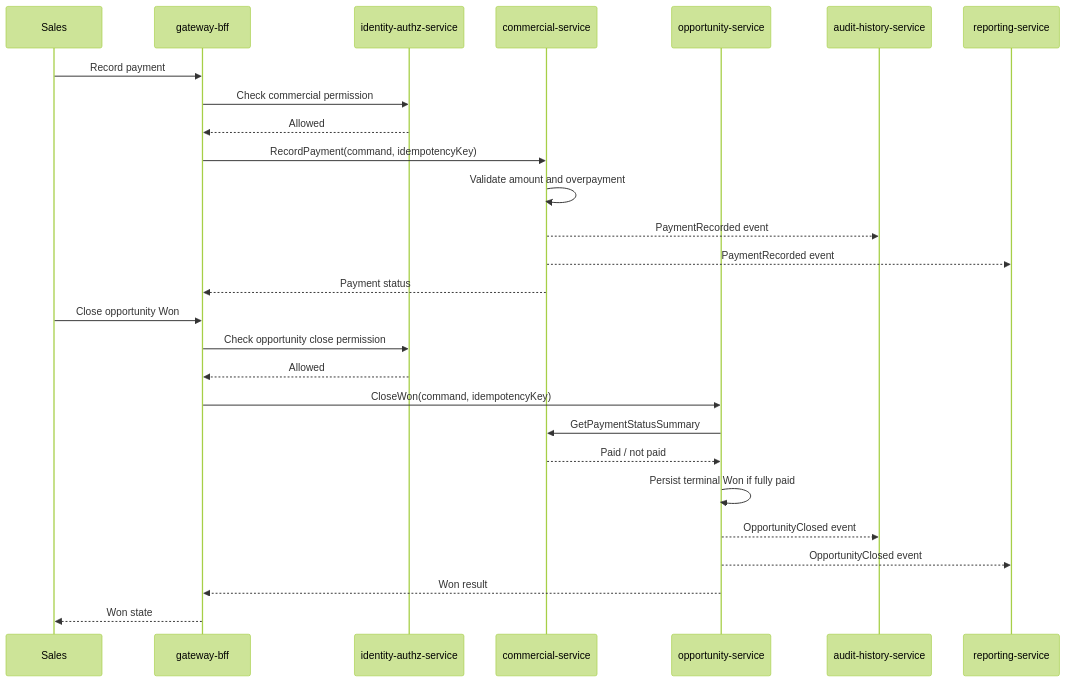
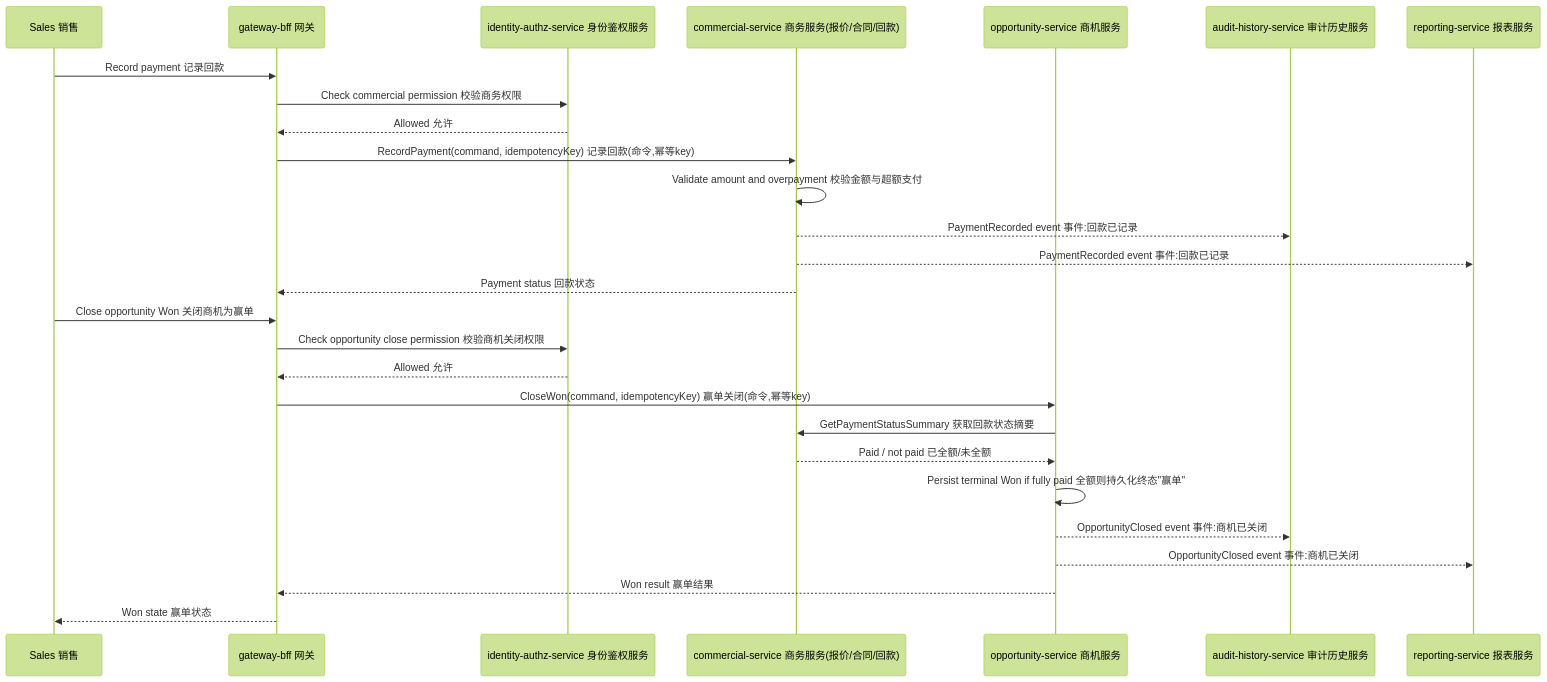
One commit to Neil996777/crm-system changed the second of 4 diagrams in docs/architecture/integration-design.md. Above: the diagram before and after it, drawn with Mermaid (forest theme). The commit also changed other lines of this file and 33 other files, not shown here.

````diff
--- a/docs/architecture/integration-design.md
+++ b/docs/architecture/integration-design.md
@@ -78,31 +78,31 @@
 ```mermaid
 sequenceDiagram
-  participant U as Sales
-  participant G as gateway-bff
-  participant P as identity-authz-service
-  participant C as commercial-service
-  participant O as opportunity-service
-  participant H as audit-history-service
-  participant R as reporting-service
+  participant U as Sales 销售
+  participant G as gateway-bff 网关
+  participant P as identity-authz-service 身份鉴权服务
+  participant C as commercial-service 商务服务(报价/合同/回款)
+  participant O as opportunity-service 商机服务
+  participant H as audit-history-service 审计历史服务
+  participant R as reporting-service 报表服务
 
-  U->>G: Record payment
-  G->>P: Check commercial permission
-  P-->>G: Allowed
-  G->>C: RecordPayment(command, idempotencyKey)
-  C->>C: Validate amount and overpayment
-  C-->>H: PaymentRecorded event
-  C-->>R: PaymentRecorded event
-  C-->>G: Payment status
+  U->>G: Record payment 记录回款
+  G->>P: Check commercial permission 校验商务权限
+  P-->>G: Allowed 允许
+  G->>C: RecordPayment(command, idempotencyKey) 记录回款(命令,幂等key)
+  C->>C: Validate amount and overpayment 校验金额与超额支付
+  C-->>H: PaymentRecorded event 事件:回款已记录
+  C-->>R: PaymentRecorded event 事件:回款已记录
+  C-->>G: Payment status 回款状态
 
-  U->>G: Close opportunity Won
-  G->>P: Check opportunity close permission
-  P-->>G: Allowed
-  G->>O: CloseWon(command, idempotencyKey)
-  O->>C: GetPaymentStatusSummary
-  C-->>O: Paid / not paid
-  O->>O: Persist terminal Won if fully paid
-  O-->>H: OpportunityClosed event
-  O-->>R: OpportunityClosed event
-  O-->>G: Won result
-  G-->>U: Won state
+  U->>G: Close opportunity Won 关闭商机为赢单
+  G->>P: Check opportunity close permission 校验商机关闭权限
+  P-->>G: Allowed 允许
+  G->>O: CloseWon(command, idempotencyKey) 赢单关闭(命令,幂等key)
+  O->>C: GetPaymentStatusSummary 获取回款状态摘要
+  C-->>O: Paid / not paid 已全额/未全额
+  O->>O: Persist terminal Won if fully paid 全额则持久化终态"赢单"
+  O-->>H: OpportunityClosed event 事件:商机已关闭
+  O-->>R: OpportunityClosed event 事件:商机已关闭
+  O-->>G: Won result 赢单结果
+  G-->>U: Won state 赢单状态
 ```
````
